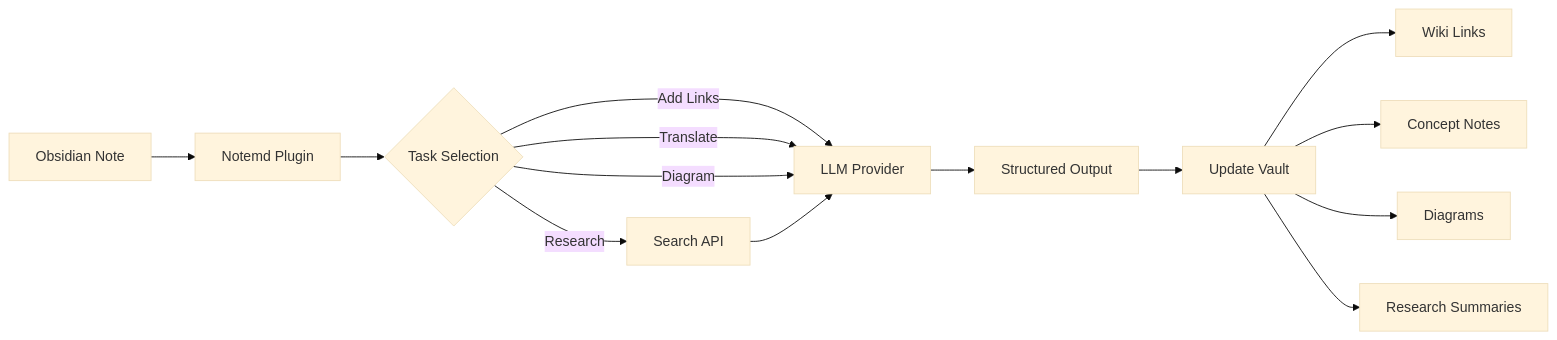
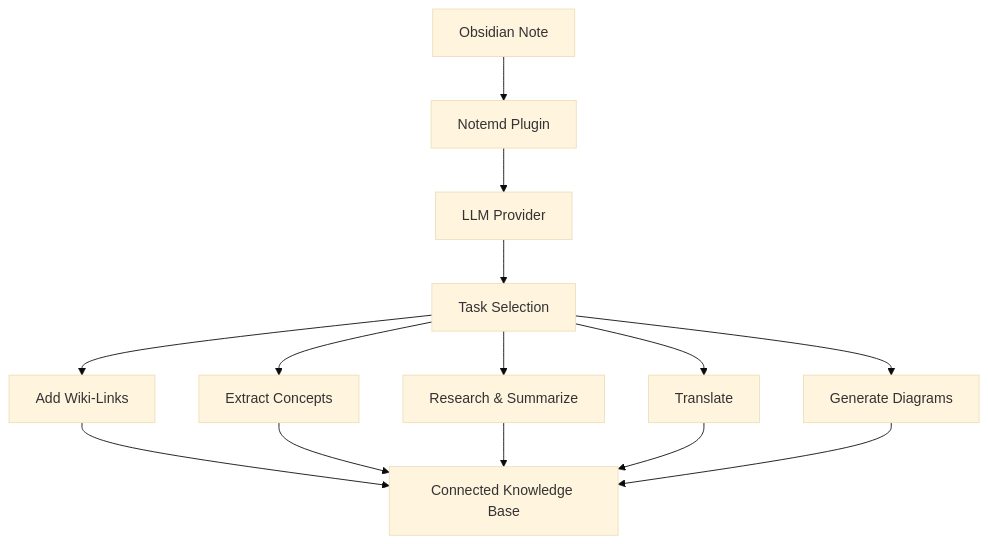
Before and after one commit to Jacobinwwey/obsidian-NotEMD: the diagram in website/i18n/zh-CN/docusaurus-plugin-content-docs/current/intro.mdx, drawn with Mermaid (base theme). The commit also changed other lines of this file and 12 other files, not shown here.

````diff
--- a/website/i18n/zh-CN/docusaurus-plugin-content-docs/current/intro.mdx
+++ b/website/i18n/zh-CN/docusaurus-plugin-content-docs/current/intro.mdx
@@ -106,16 +59,16 @@
 ```mermaid
-graph LR
+graph TD
     A[Obsidian Note] --> B[Notemd Plugin]
-    B --> C{Task Selection}
-    C -->|Add Links| D[LLM Provider]
-    C -->|Research| E[Search API]
-    C -->|Translate| D
-    C -->|Diagram| D
-    D --> F[Structured Output]
-    E --> D
-    F --> G[Update Vault]
-    G --> H[Wiki Links]
-    G --> I[Concept Notes]
-    G --> J[Diagrams]
-    G --> K[Research Summaries]
+    B --> C[LLM Provider]
+    C --> D[Task Selection]
+    D --> E[Add Wiki-Links]
+    D --> F[Extract Concepts]
+    D --> G[Research & Summarize]
+    D --> H[Translate]
+    D --> I[Generate Diagrams]
+    E --> J[Connected Knowledge Base]
+    F --> J
+    G --> J
+    H --> J
+    I --> J
 ```
````
